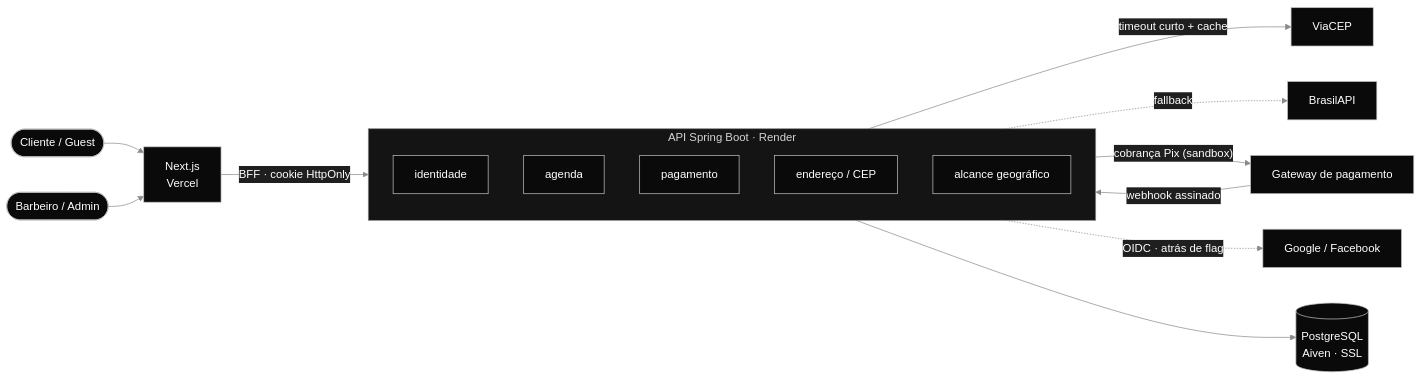
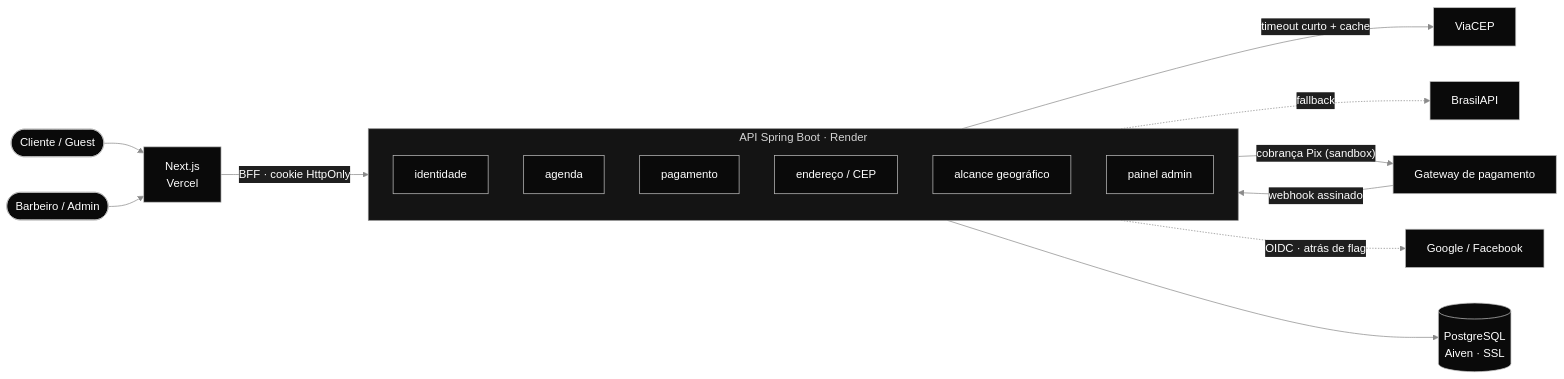
Before and after one commit to k3vinrich4rd/barbearia-altas-horas: the first of 4 diagrams in README.md, drawn with Mermaid. The commit also changed other lines of this file and 1 other file, not shown here.

First line of the commit message:
docs: adiciona painel admin e guia de testes de ponta a ponta

````diff
--- a/README.md
+++ b/README.md
@@ -71,21 +89,22 @@
 ```mermaid
 %%{init: {'theme':'base','themeVariables':{'primaryColor':'#0A0A0A','primaryTextColor':'#FFFFFF','primaryBorderColor':'#C0C0C0','lineColor':'#8A8A8A','secondaryColor':'#1F1F1F','tertiaryColor':'#2B2B2B','clusterBkg':'#141414','clusterBorder':'#8A8A8A','edgeLabelBackground':'#1F1F1F','fontFamily':'Helvetica, Arial, sans-serif'}}}%%
 flowchart LR
     cliente([Cliente / Guest]) --> front[Next.js<br/>Vercel]
     barbeiro([Barbeiro / Admin]) --> front
     front -- "BFF · cookie HttpOnly" --> api
     subgraph api [API Spring Boot · Render]
         direction TB
         auth[identidade]
         agenda[agenda]
         pagamento[pagamento]
         endereco[endereço / CEP]
         alcance[alcance geográfico]
+        admin[painel admin]
     end
     api --> db[(PostgreSQL<br/>Aiven · SSL)]
     endereco -- "timeout curto + cache" --> viacep[ViaCEP]
     endereco -. fallback .-> brasilapi[BrasilAPI]
     pagamento -- "cobrança Pix (sandbox)" --> gateway[Gateway de pagamento]
     gateway -- "webhook assinado" --> pagamento
     auth -. "OIDC · atrás de flag" .-> social[Google / Facebook]
 ```
````
